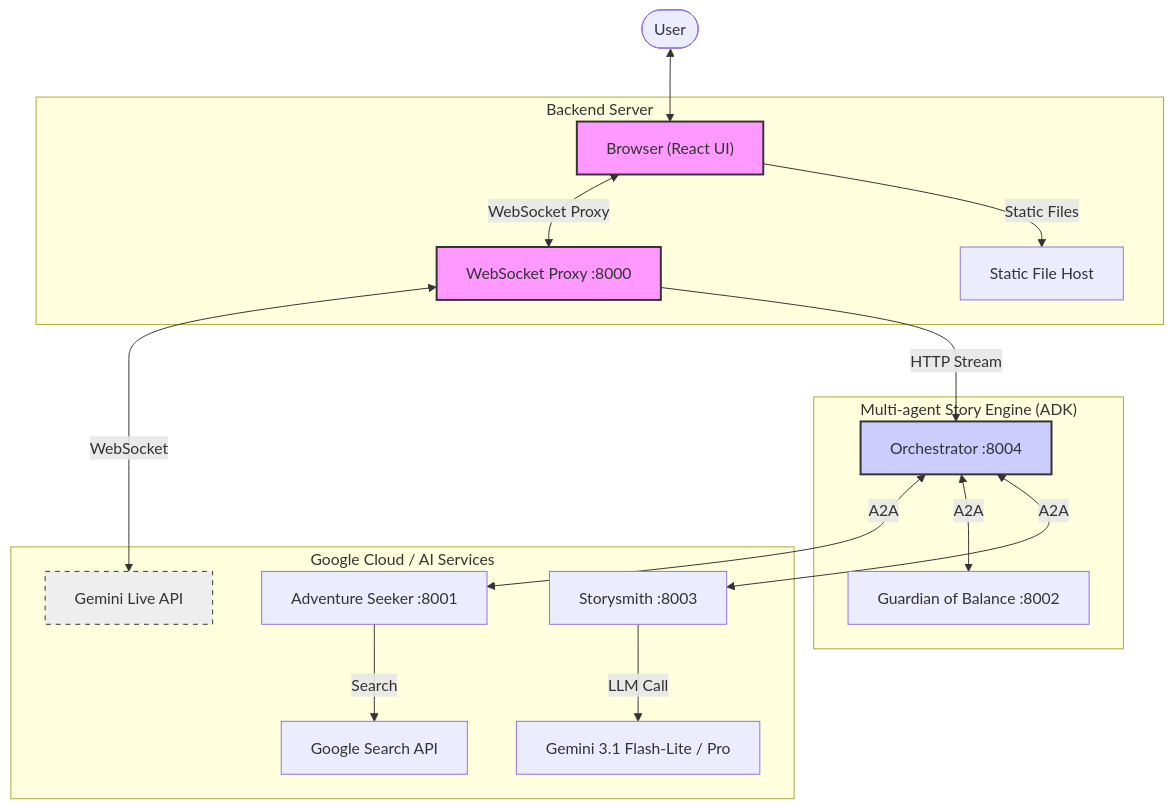
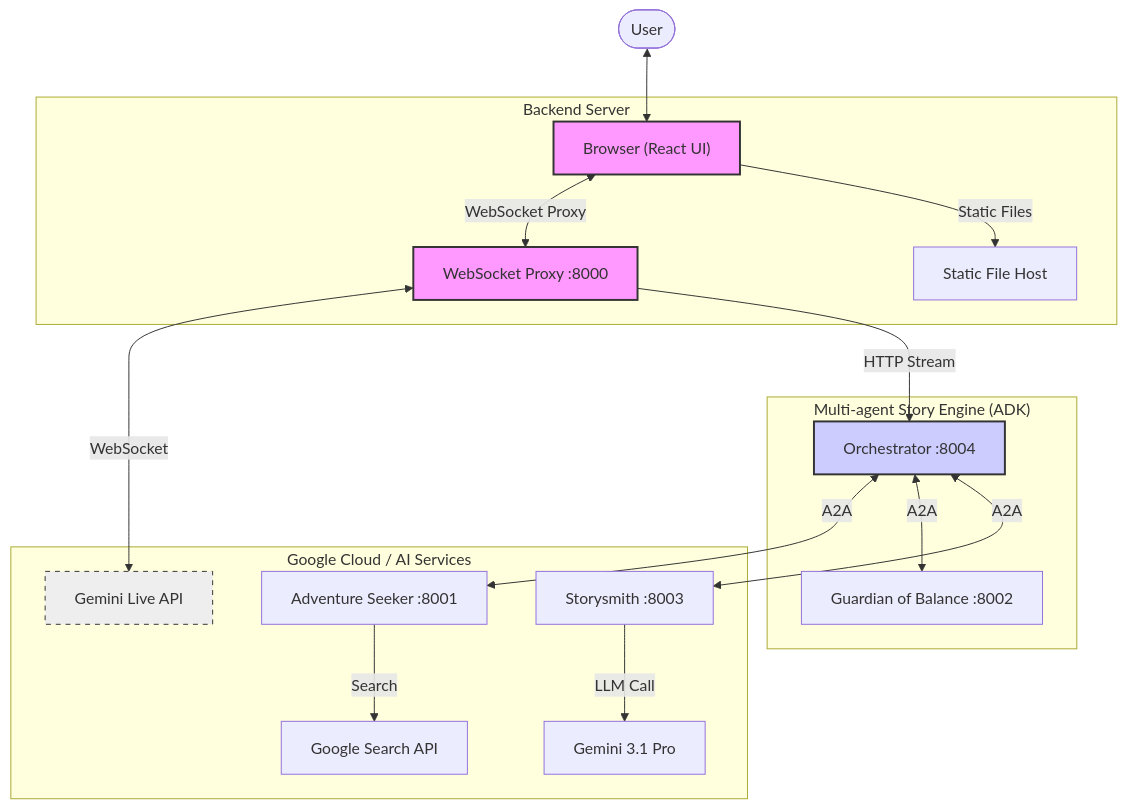
One commit to vero-code/gemini-tales-v2 changed the first of 4 diagrams in ARCHITECTURE.md. Above: the diagram before and after it, drawn with Mermaid. The commit also changed other lines of this file and 1 other file, not shown here.

Commit message:
docs: move to Gemini 3.1 Pro

````diff
--- a/ARCHITECTURE.md
+++ b/ARCHITECTURE.md
@@ -45,27 +45,27 @@
 ```mermaid
 graph TD
     User([User]) <--> Browser["Browser (React UI)"]
     
     subgraph "Backend Server"
         Browser <-->|WebSocket Proxy| Proxy[WebSocket Proxy :8000]
         Browser -->|Static Files| Static[Static File Host]
     end
     
     subgraph "Google Cloud / AI Services"
         Proxy <-->|WebSocket| LiveAPI[Gemini Live API]
-        Storysmith -->|LLM Call| FlashPro[Gemini 3.1 Flash-Lite / Pro]
+        Storysmith -->|LLM Call| FlashPro[Gemini 3.1 Pro]
         Researcher -->|Search| GoogleSearch[Google Search API]
     end
     
     subgraph "Multi-agent Story Engine (ADK)"
         Proxy -->|HTTP Stream| Orchestrator[Orchestrator :8004]
         Orchestrator <-->|A2A| Researcher[Adventure Seeker :8001]
         Orchestrator <-->|A2A| Judge[Guardian of Balance :8002]
         Orchestrator <-->|A2A| Storysmith[Storysmith :8003]
     end
     
     style Browser fill:#f9f,stroke:#333,stroke-width:2px
     style Proxy fill:#f9f,stroke:#333,stroke-width:2px
     style Orchestrator fill:#ccf,stroke:#333,stroke-width:2px
     style LiveAPI fill:#eee,stroke:#333,stroke-dasharray: 5 5
 ```
````
